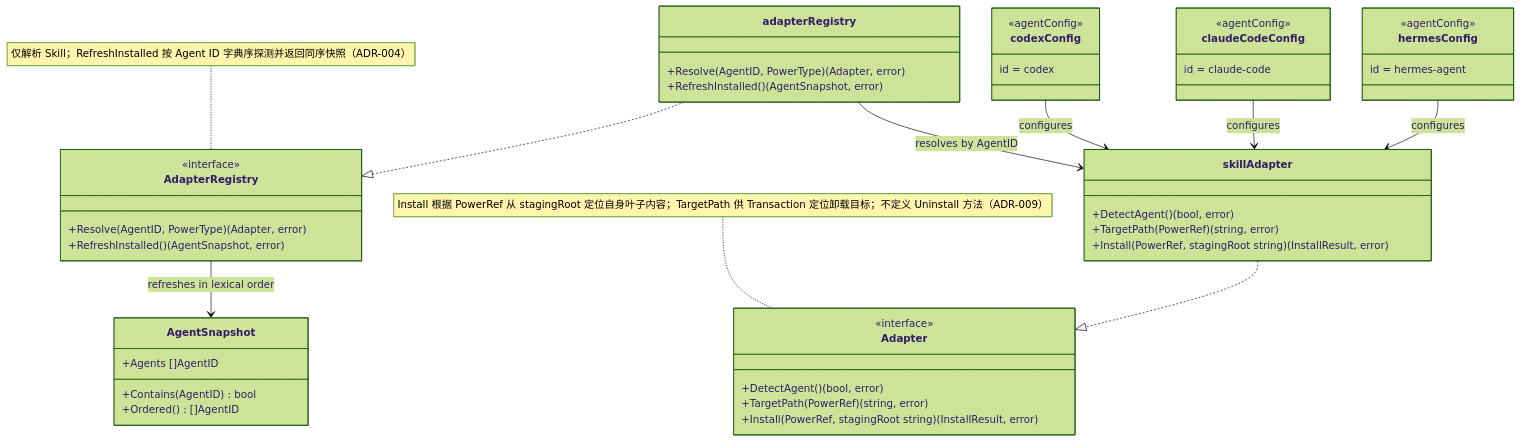
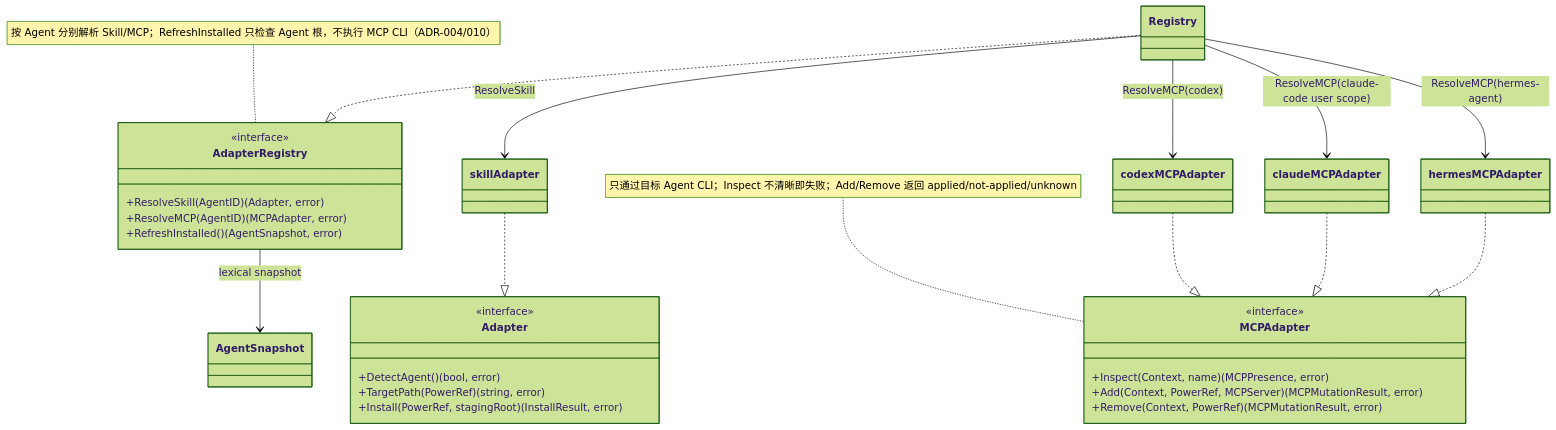
The diagram in ivory-tower/c4/components/apm-cli-diagrams/adapter-registry.mmd (spacemit-com/agent-power-manager), drawn with Mermaid (forest theme) before and after one commit. The commit also changed 19 other files, not shown here.

Commit message:
docs(mcp): document Agent CLI lifecycle

```diff
--- a/ivory-tower/c4/components/apm-cli-diagrams/adapter-registry.mmd
+++ b/ivory-tower/c4/components/apm-cli-diagrams/adapter-registry.mmd
@@ -1,48 +1,38 @@
 classDiagram
-    note for AdapterRegistry "仅解析 Skill；RefreshInstalled 按 Agent ID 字典序探测并返回同序快照（ADR-004）"
+    note for AdapterRegistry "按 Agent 分别解析 Skill/MCP；RefreshInstalled 只检查 Agent 根，不执行 MCP CLI（ADR-004/010）"
     class AdapterRegistry {
         <<interface>>
-        +Resolve(AgentID, PowerType) (Adapter, error)
+        +ResolveSkill(AgentID) (Adapter, error)
+        +ResolveMCP(AgentID) (MCPAdapter, error)
         +RefreshInstalled() (AgentSnapshot, error)
     }
-    note for Adapter "Install 根据 PowerRef 从 stagingRoot 定位自身叶子内容；TargetPath 供 Transaction 定位卸载目标；不定义 Uninstall 方法（ADR-009）"
     class Adapter {
         <<interface>>
         +DetectAgent() (bool, error)
         +TargetPath(PowerRef) (string, error)
-        +Install(PowerRef, stagingRoot string) (InstallResult, error)
+        +Install(PowerRef, stagingRoot) (InstallResult, error)
     }
-    class AgentSnapshot {
-        +Agents []AgentID
-        +Contains(AgentID) bool
-        +Ordered() []AgentID
+    note for MCPAdapter "只通过目标 Agent CLI；Inspect 不清晰即失败；Add/Remove 返回 applied/not-applied/unknown"
+    class MCPAdapter {
+        <<interface>>
+        +Inspect(Context, name) (MCPPresence, error)
+        +Add(Context, PowerRef, MCPServer) (MCPMutationResult, error)
+        +Remove(Context, PowerRef) (MCPMutationResult, error)
     }
-    class adapterRegistry {
-        +Resolve(AgentID, PowerType) (Adapter, error)
-        +RefreshInstalled() (AgentSnapshot, error)
-    }
-    class skillAdapter {
-        +DetectAgent() (bool, error)
-        +TargetPath(PowerRef) (string, error)
-        +Install(PowerRef, stagingRoot string) (InstallResult, error)
-    }
-    class codexConfig {
-        <<agentConfig>>
-        id = codex
-    }
-    class claudeCodeConfig {
-        <<agentConfig>>
-        id = claude-code
-    }
-    class hermesConfig {
-        <<agentConfig>>
-        id = hermes-agent
-    }
+    class Registry
+    class skillAdapter
+    class codexMCPAdapter
+    class claudeMCPAdapter
+    class hermesMCPAdapter
+    class AgentSnapshot
 
-    adapterRegistry ..|> AdapterRegistry
-    adapterRegistry --> skillAdapter : resolves by AgentID
-    AdapterRegistry --> AgentSnapshot : refreshes in lexical order
+    Registry ..|> AdapterRegistry
+    Registry --> skillAdapter : ResolveSkill
+    Registry --> codexMCPAdapter : ResolveMCP(codex)
+    Registry --> claudeMCPAdapter : ResolveMCP(claude-code user scope)
+    Registry --> hermesMCPAdapter : ResolveMCP(hermes-agent)
     skillAdapter ..|> Adapter
-    codexConfig --> skillAdapter : configures
-    claudeCodeConfig --> skillAdapter : configures
-    hermesConfig --> skillAdapter : configures
+    codexMCPAdapter ..|> MCPAdapter
+    claudeMCPAdapter ..|> MCPAdapter
+    hermesMCPAdapter ..|> MCPAdapter
+    AdapterRegistry --> AgentSnapshot : lexical snapshot
```
